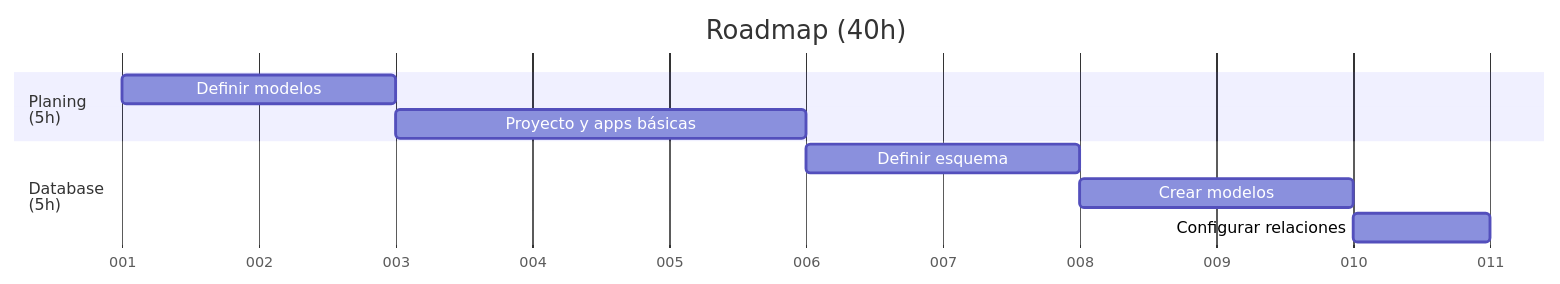
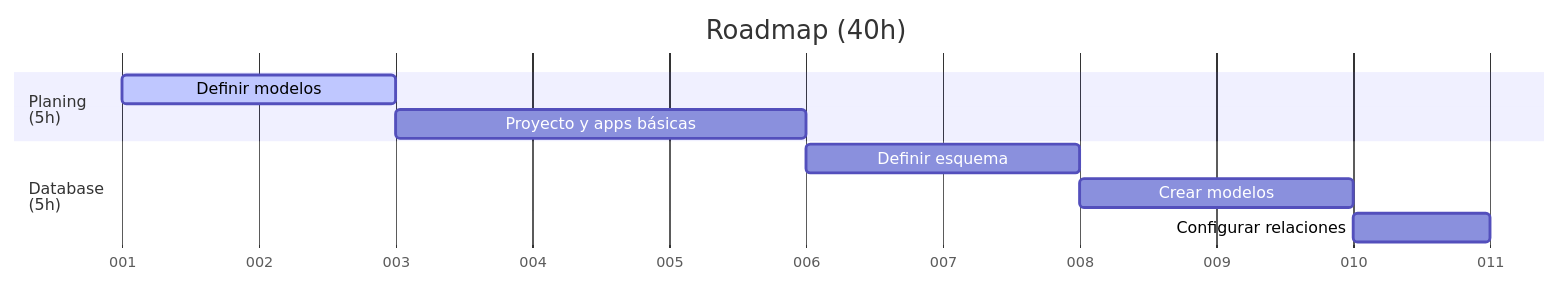
The first of 5 diagrams in .info/roadmap.md (Covija97/BadenTracker), drawn with Mermaid before and after one commit.

Commit message:
Update roadmap.md to mark 'Definir modelos' task as active in Gantt chart

````diff
--- a/.info/roadmap.md
+++ b/.info/roadmap.md
@@ -16,15 +16,15 @@
 ```mermaid
 gantt
     title Roadmap (40h)
     dateFormat  DDD
     axisFormat %j
 
     section Planing<br>(5h)
-    Definir modelos             : 01-01, 2d
+    Definir modelos             :active, 01-01, 2d
     Proyecto y apps básicas     : 01-03, 3d
 
     section Database<br>(5h)
     Definir esquema             : 01-06, 2d
     Crear modelos               : 01-08, 2d
     Configurar relaciones       : 01-10, 1d
 ```
````
